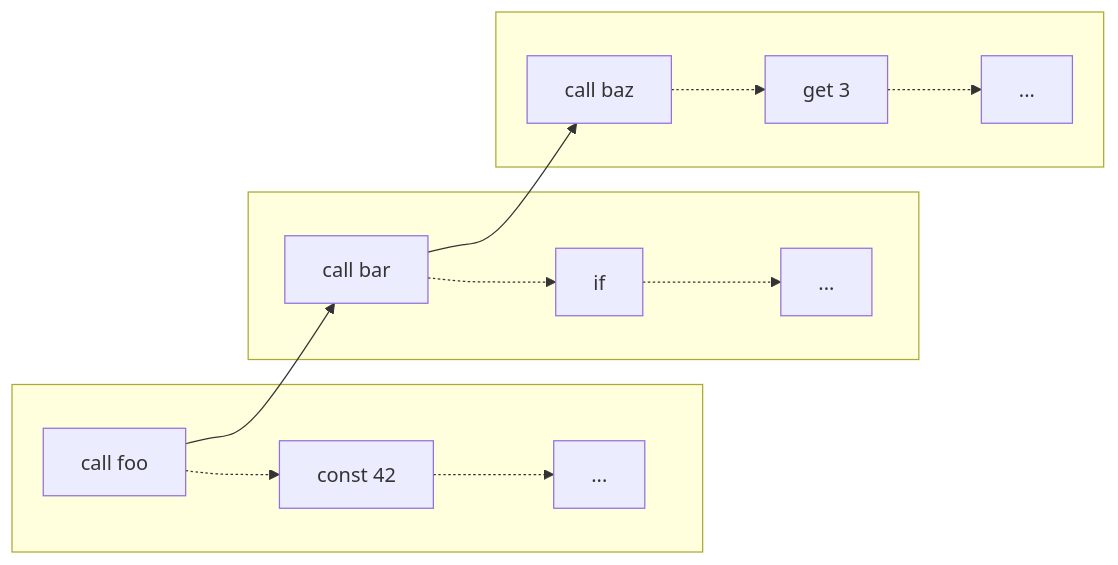
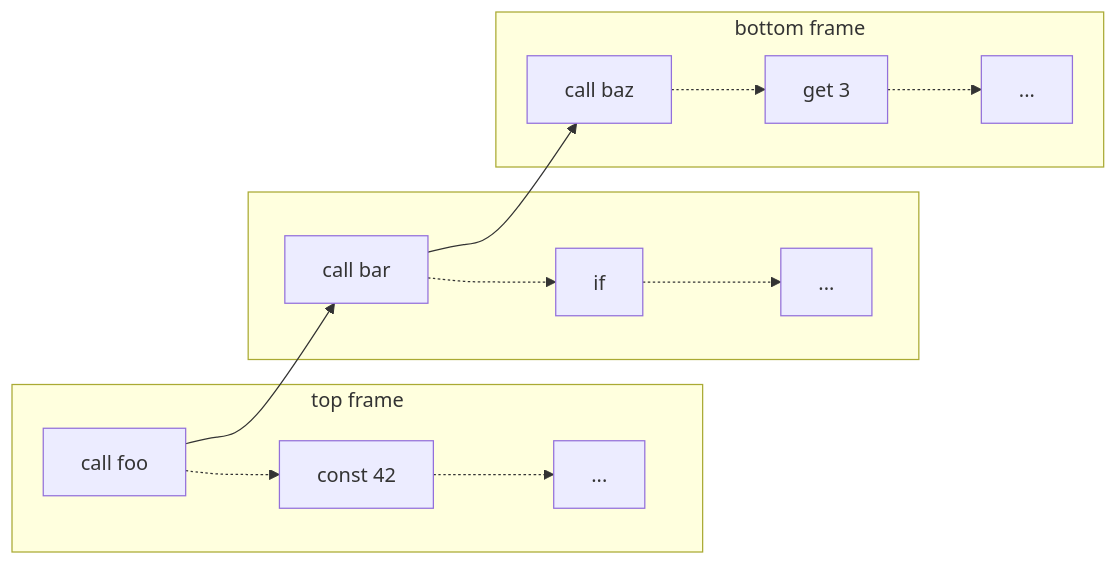
One commit to raviqqe/doc changed the diagram in slides/stak/unicode/backtrace.mmd. Above: the diagram before and after it, drawn with Mermaid.

```diff
--- a/slides/stak/unicode/backtrace.mmd
+++ b/slides/stak/unicode/backtrace.mmd
@@ -1,16 +1,16 @@
 flowchart LR
-  subgraph s0[ ]
+  subgraph s0[top frame]
     c0[call foo] -.-> i0[const 42] -.-> i1[...]
   end
 
   c0 --> c1
 
   subgraph s1[ ]
     c1[call bar] -.-> i2[if] -.-> i3[...]
   end
 
   c1 --> c2
 
-  subgraph s2[ ]
+  subgraph s2[bottom frame]
     c2[call baz] -.-> i4[get 3] -.-> i5[...]
   end
```
